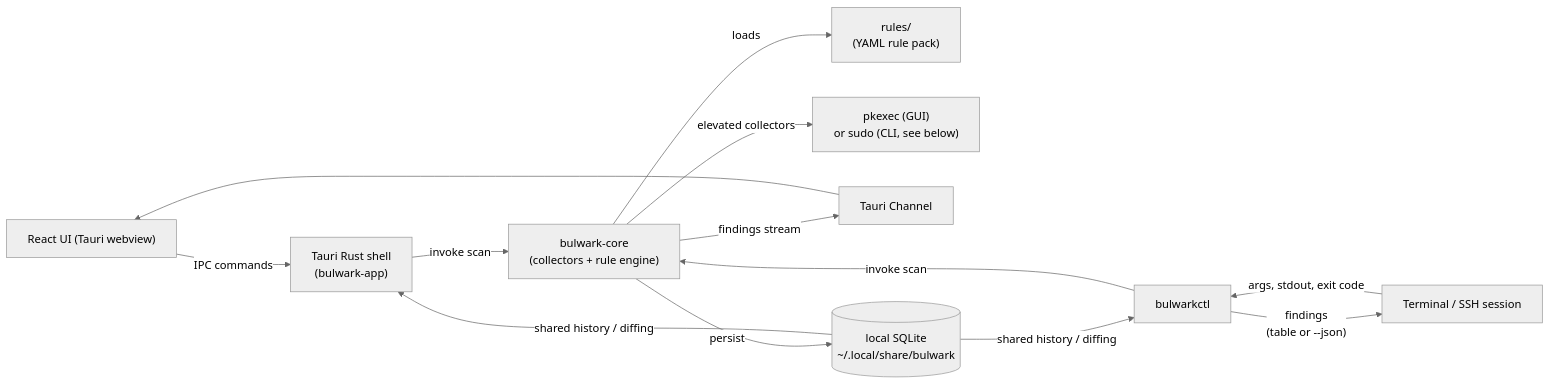
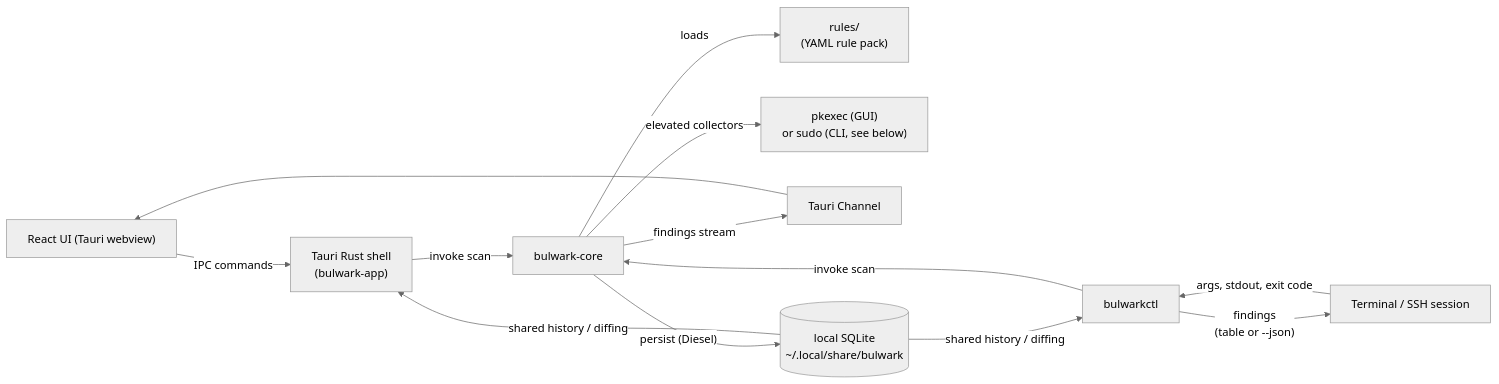
One commit to vietanhdev/bulwark changed the second of 5 diagrams in docs/guide/architecture.md. Above: the diagram before and after it, drawn with Mermaid (neutral theme). The commit also changed other lines of this file and 8 other files, not shown here.

````diff
--- a/docs/guide/architecture.md
+++ b/docs/guide/architecture.md
@@ -99,15 +99,15 @@
 ```mermaid
 flowchart LR
   ui["React UI (Tauri webview)"] -->|"IPC commands"| shell["Tauri Rust shell\n(bulwark-app)"]
   term["Terminal / SSH session"] -->|"args, stdout, exit code"| cli["bulwarkctl"]
-  shell -->|"invoke scan"| core["bulwark-core\n(collectors + rule engine)"]
+  shell -->|"invoke scan"| core["bulwark-core"]
   cli -->|"invoke scan"| core
   core -->|"loads"| rules["rules/\n(YAML rule pack)"]
   core -->|"elevated collectors"| pkexec["pkexec (GUI)\nor sudo (CLI, see below)"]
   core -->|"findings stream"| channel["Tauri Channel"]
   channel --> ui
   cli -->|"findings\n(table or --json)"| term
-  core -->|"persist"| db[("local SQLite\n~/.local/share/bulwark")]
+  core -->|"persist (Diesel)"| db[("local SQLite\n~/.local/share/bulwark")]
   db -->|"shared history / diffing"| shell
   db -->|"shared history / diffing"| cli
 ```
````
